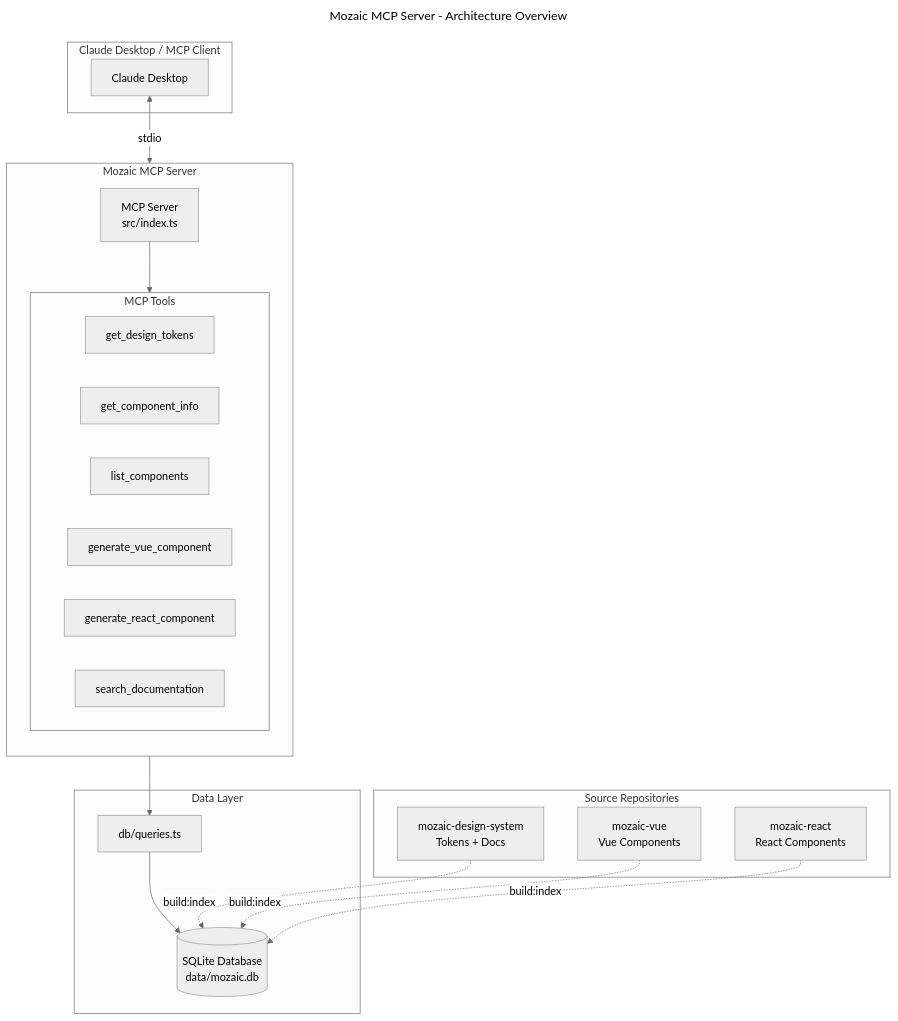
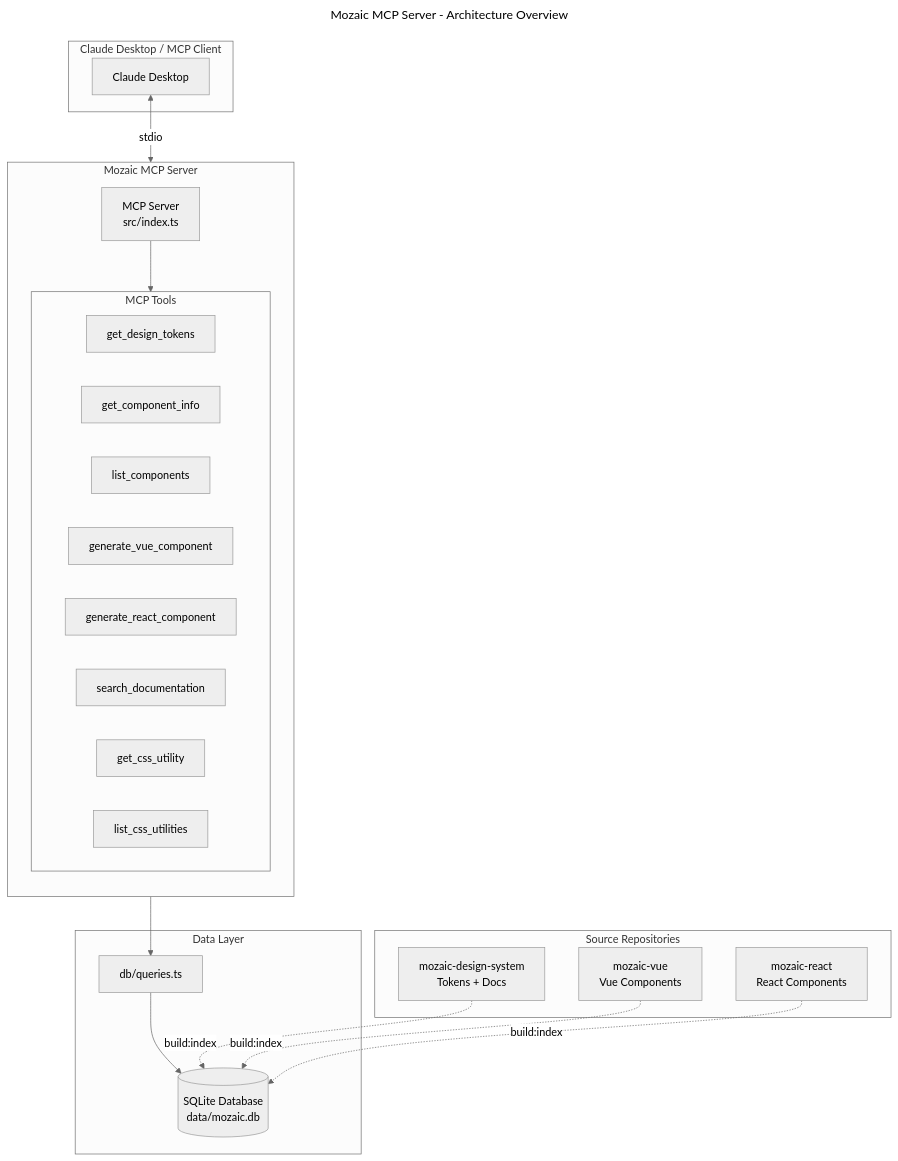
Before and after one commit to MerzoukeMansouri/adeo-mozaic-mcp: the diagram in docs/assets/architecture.mmd, drawn with Mermaid (neutral theme). The commit also changed 12 other files, not shown here.

Commit message:
refactor: add CSS Utility classes and examples schema and dataflow diagrams

```diff
--- a/docs/assets/architecture.mmd
+++ b/docs/assets/architecture.mmd
@@ -1,42 +1,44 @@
 ---
 title: Mozaic MCP Server - Architecture Overview
 ---
 flowchart TB
     subgraph Client["Claude Desktop / MCP Client"]
         CD[Claude Desktop]
     end
 
     subgraph MCP["Mozaic MCP Server"]
         direction TB
         Server[MCP Server<br/>src/index.ts]
 
         subgraph Tools["MCP Tools"]
             T1[get_design_tokens]
             T2[get_component_info]
             T3[list_components]
             T4[generate_vue_component]
             T5[generate_react_component]
             T6[search_documentation]
+            T7[get_css_utility]
+            T8[list_css_utilities]
         end
 
         Server --> Tools
     end
 
     subgraph Data["Data Layer"]
         DB[(SQLite Database<br/>data/mozaic.db)]
         Queries[db/queries.ts]
     end
 
     subgraph Sources["Source Repositories"]
         DS[mozaic-design-system<br/>Tokens + Docs]
         VUE[mozaic-vue<br/>Vue Components]
         REACT[mozaic-react<br/>React Components]
     end
 
     CD <-->|stdio| Server
     Tools --> Queries
     Queries --> DB
 
     DS -.->|build:index| DB
     VUE -.->|build:index| DB
     REACT -.->|build:index| DB
```
